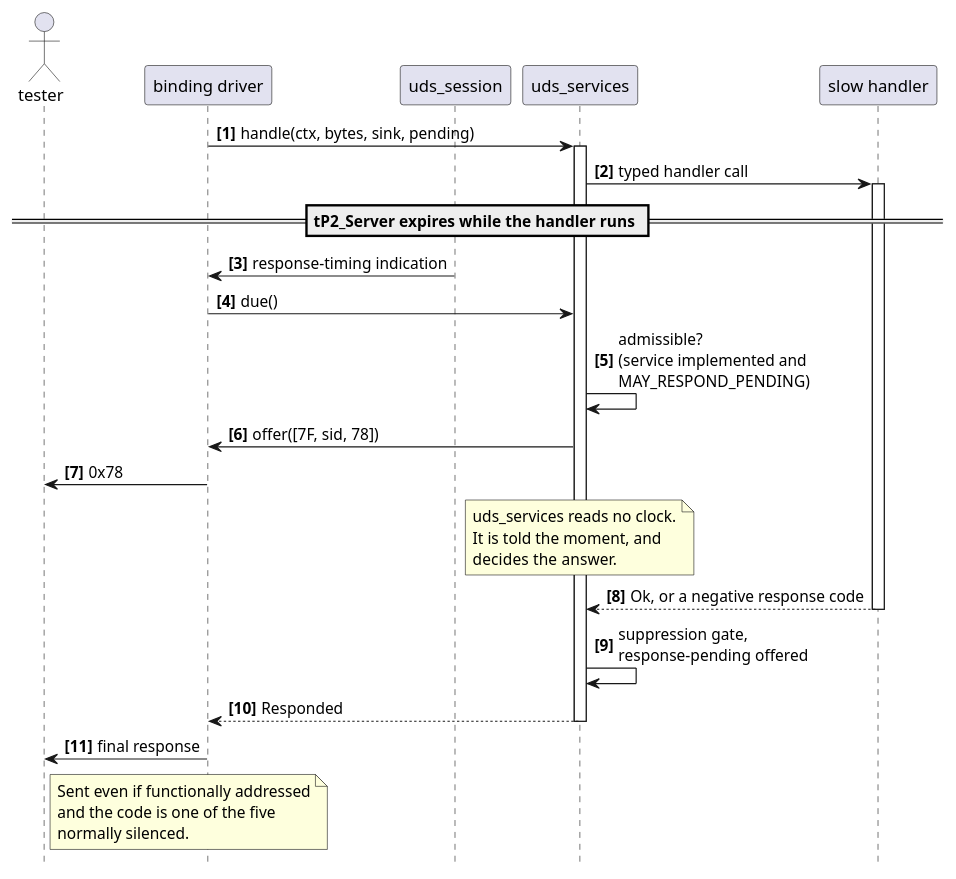
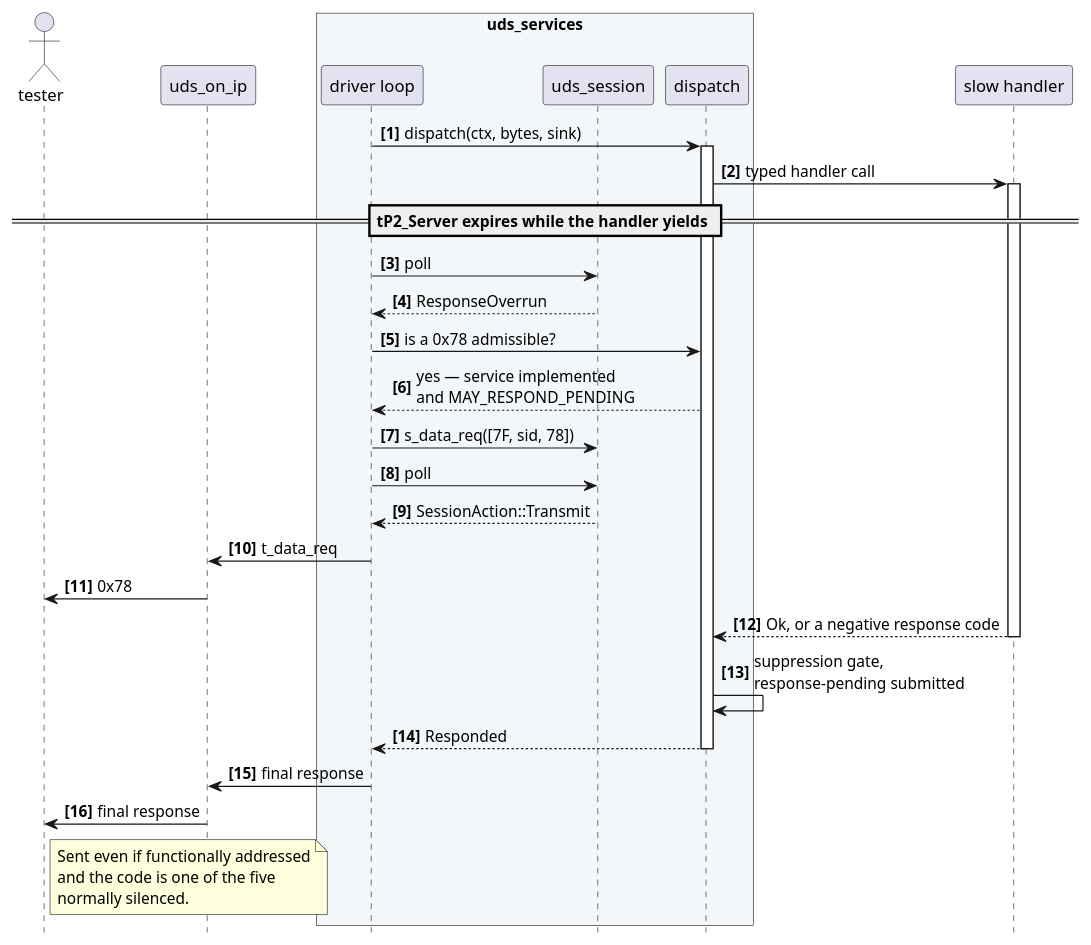
The diagram in crates/uds_services/docs/architecture/not-owned.rst (luminartech/uds_stack), drawn with PlantUML before and after one commit. The commit also changed other lines of this file and 2 other files, not shown here.

First paragraph of the commit message:
docs: redraw the stack with this crate driving
The elements moved; the pictures and the ownership tables had not. Four diagrams
still showed a binding in the driving position, which is the form of the claim a
reader believes fastest.

```diff
--- a/crates/uds_services/docs/architecture/not-owned.rst
+++ b/crates/uds_services/docs/architecture/not-owned.rst
@@ -81,45 +82,48 @@
 .. uml::
    :align: center
-   :caption: A handler that outruns ``tP2_Server``. The handler yielding is what lets
-             the driver reach step 3 at all.
+   :caption: A handler that outruns ``tP2_Server``. The handler yielding is what lets the
+             driver reach step 4 at all.
 
    @startuml
    autonumber "<b>[0]"
    hide footbox
 
    actor tester as T
-   participant "binding driver" as I
-   participant "uds_session" as S
-   participant "uds_services" as V
+   participant "uds_on_ip" as I
+   box "uds_services" #F4F7FA
+     participant "driver loop" as L
+     participant "uds_session" as S
+     participant "dispatch" as V
+   end box
    participant "slow handler" as H
 
-   I -> V : handle(ctx, bytes, sink, pending)
+   L -> V : dispatch(ctx, bytes, sink)
    activate V
    V -> H : typed handler call
    activate H
 
-   == tP2_Server expires while the handler runs ==
+   == tP2_Server expires while the handler yields ==
 
-   S -> I : response-timing indication
-   I -> V : due()
-   V -> V : admissible?\n(service implemented and\nMAY_RESPOND_PENDING)
-   V -> I : offer([7F, sid, 78])
+   L -> S : poll
+   S --> L : ResponseOverrun
+   L -> V : is a 0x78 admissible?
+   V --> L : yes — service implemented\nand MAY_RESPOND_PENDING
+   L -> S : s_data_req([7F, sid, 78])
+   L -> S : poll
+   S --> L : SessionAction::Transmit
+   L -> I : t_data_req
    I -> T : 0x78
-   note over V
-     uds_services reads no clock.
-     It is told the moment, and
-     decides the answer.
-   end note
 
    H --> V : Ok, or a negative response code
    deactivate H
-   V -> V : suppression gate,\nresponse-pending offered
-   V --> I : Responded
+   V -> V : suppression gate,\nresponse-pending submitted
+   V --> L : Responded
    deactivate V
+   L -> I : final response
    I -> T : final response
    note right of T
      Sent even if functionally addressed
      and the code is one of the five
      normally silenced.
    end note
    @enduml
```
